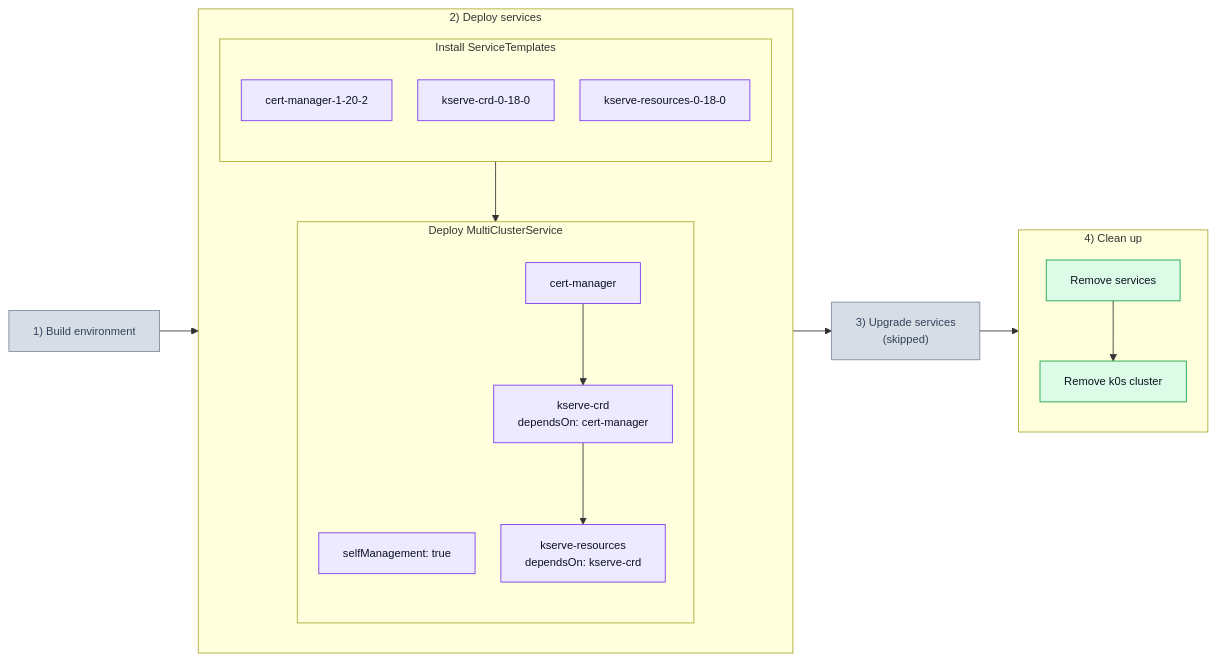
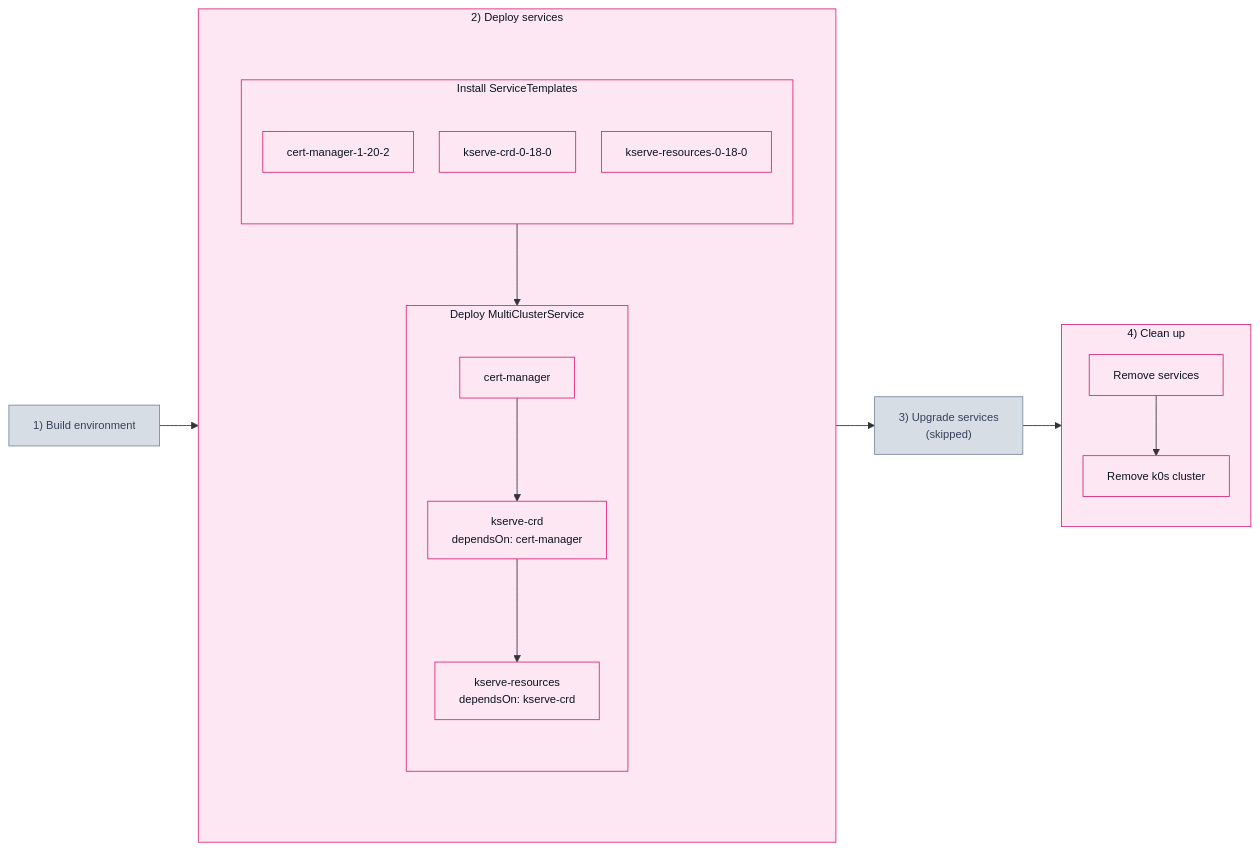
One commit to josef-hak/ksm-tests changed the second of 2 diagrams in test_scenarios/201_svcdep.md. Above: the diagram before and after it, drawn with Mermaid.

Commit message:
docs: pink blocks, sub-blocks stacked, drop selfManagement

````diff
--- a/test_scenarios/201_svcdep.md
+++ b/test_scenarios/201_svcdep.md
@@ -29,41 +29,40 @@
 ```mermaid
 %%{init: {'themeVariables': {'fontFamily': 'ui-monospace, SFMono-Regular, Menlo, Consolas, monospace', 'fontSize': '13px'}, 'flowchart': {'padding': 14, 'nodeSpacing': 30, 'rankSpacing': 45}}}%%
 flowchart LR
     P1["1) Build environment"]
 
     subgraph P2["2) Deploy services"]
-        direction TB
+        subgraph W2[" "]
+            direction TB
+            subgraph D1["Install ServiceTemplates"]
+                direction TB
+                T1["cert-manager-1-20-2"]
+                T2["kserve-crd-0-18-0"]
+                T3["kserve-resources-0-18-0"]
+            end
 
-        subgraph D1["Install ServiceTemplates"]
-            direction TB
-            T1["cert-manager-1-20-2"]
-            T2["kserve-crd-0-18-0"]
-            T3["kserve-resources-0-18-0"]
+            subgraph D2["Deploy MultiClusterService"]
+                direction TB
+                M1["cert-manager"] --> M2["kserve-crd<br/>dependsOn: cert-manager"] --> M3["kserve-resources<br/>dependsOn: kserve-crd"]
+            end
+
+            D1 --> D2
         end
-
-        subgraph D2["Deploy MultiClusterService"]
-            direction TB
-            M0["selfManagement: true"]
-            M1["cert-manager"] --> M2["kserve-crd<br/>dependsOn: cert-manager"] --> M3["kserve-resources<br/>dependsOn: kserve-crd"]
-        end
-
-        D1 --> D2
     end
 
     P3["3) Upgrade services<br/>(skipped)"]
 
     subgraph P4["4) Clean up"]
-        direction TB
         C1["Remove services"] --> C2["Remove k0s cluster"]
     end
 
     P1 --> P2 --> P3 --> P4
 
     classDef off fill:#d7dde5,stroke:#7c8a9c,color:#33415a
-    classDef dep fill:#ede9fe,stroke:#7c3aed,color:#0b1220
-    classDef out fill:#dcfce7,stroke:#16a34a,color:#0b1220
+    classDef pink fill:#fce7f3,stroke:#db2777,color:#0b1220
+    classDef bare fill:none,stroke:none
 
     class P1,P3 off
-    class T1,T2,T3,M0,M1,M2,M3 dep
-    class C1,C2 out
+    class P2,P4,D1,D2,T1,T2,T3,M1,M2,M3,C1,C2 pink
+    class W2 bare
 ```
````
